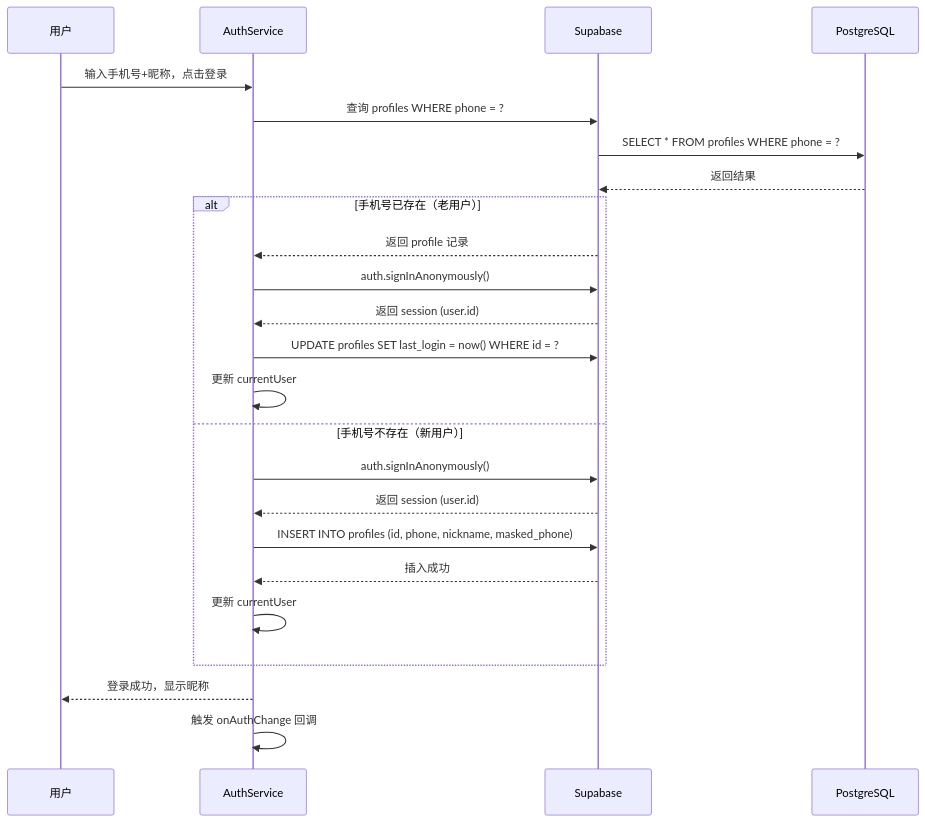
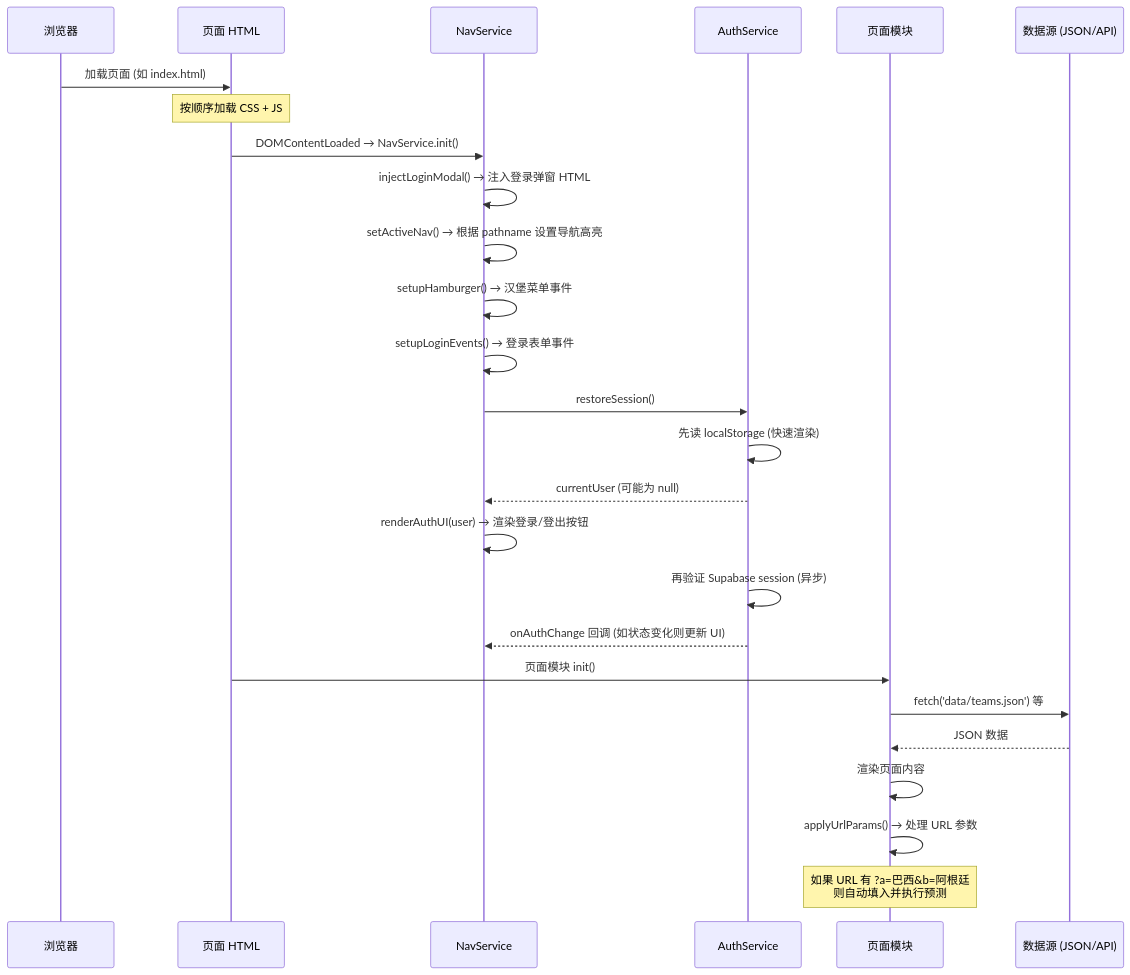
The second of 6 diagrams in docs/ARCHITECTURE.md (jyuxin1997-arch/mbti-cosmos), drawn with Mermaid before and after one commit. The commit also changed other lines of this file and 25 other files, not shown here.

````diff
--- a/docs/ARCHITECTURE.md
+++ b/docs/ARCHITECTURE.md
@@ -336,29 +367,31 @@
 ```mermaid
 sequenceDiagram
-    participant U as 用户
-    participant AU as AuthService
-    participant SB as Supabase
-    participant DB as PostgreSQL
+    participant Browser as 浏览器
+    participant HTML as 页面 HTML
+    participant Nav as NavService
+    participant Auth as AuthService
+    participant PageApp as 页面模块
+    participant Data as 数据源 (JSON/API)
 
-    U->>AU: 输入手机号+昵称，点击登录
-    AU->>SB: 查询 profiles WHERE phone = ?
-    SB->>DB: SELECT * FROM profiles WHERE phone = ?
-    DB-->>SB: 返回结果
+    Browser->>HTML: 加载页面 (如 index.html)
+    Note over HTML: 按顺序加载 CSS + JS
 
-    alt 手机号已存在（老用户）
-        SB-->>AU: 返回 profile 记录
-        AU->>SB: auth.signInAnonymously()
-        SB-->>AU: 返回 session (user.id)
-        AU->>SB: UPDATE profiles SET last_login = now() WHERE id = ?
-        AU->>AU: 更新 currentUser
-    else 手机号不存在（新用户）
-        AU->>SB: auth.signInAnonymously()
-        SB-->>AU: 返回 session (user.id)
-        AU->>SB: INSERT INTO profiles (id, phone, nickname, masked_phone)
-        SB-->>AU: 插入成功
-        AU->>AU: 更新 currentUser
-    end
+    HTML->>Nav: DOMContentLoaded → NavService.init()
+    Nav->>Nav: injectLoginModal() → 注入登录弹窗 HTML
+    Nav->>Nav: setActiveNav() → 根据 pathname 设置导航高亮
+    Nav->>Nav: setupHamburger() → 汉堡菜单事件
+    Nav->>Nav: setupLoginEvents() → 登录表单事件
+    Nav->>Auth: restoreSession()
+    Auth->>Auth: 先读 localStorage (快速渲染)
+    Auth-->>Nav: currentUser (可能为 null)
+    Nav->>Nav: renderAuthUI(user) → 渲染登录/登出按钮
+    Auth->>Auth: 再验证 Supabase session (异步)
+    Auth-->>Nav: onAuthChange 回调 (如状态变化则更新 UI)
 
-    AU-->>U: 登录成功，显示昵称
-    AU->>AU: 触发 onAuthChange 回调
+    HTML->>PageApp: 页面模块 init()
+    PageApp->>Data: fetch('data/teams.json') 等
+    Data-->>PageApp: JSON 数据
+    PageApp->>PageApp: 渲染页面内容
+    PageApp->>PageApp: applyUrlParams() → 处理 URL 参数
+    Note over PageApp: 如果 URL 有 ?a=巴西&b=阿根廷<br/>则自动填入并执行预测
 ```
````
